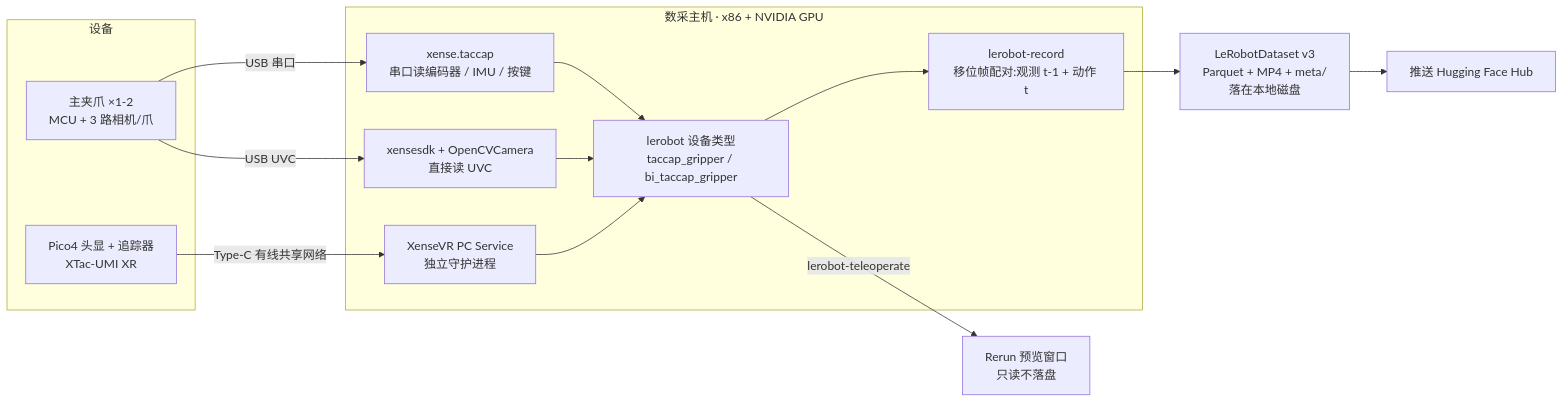
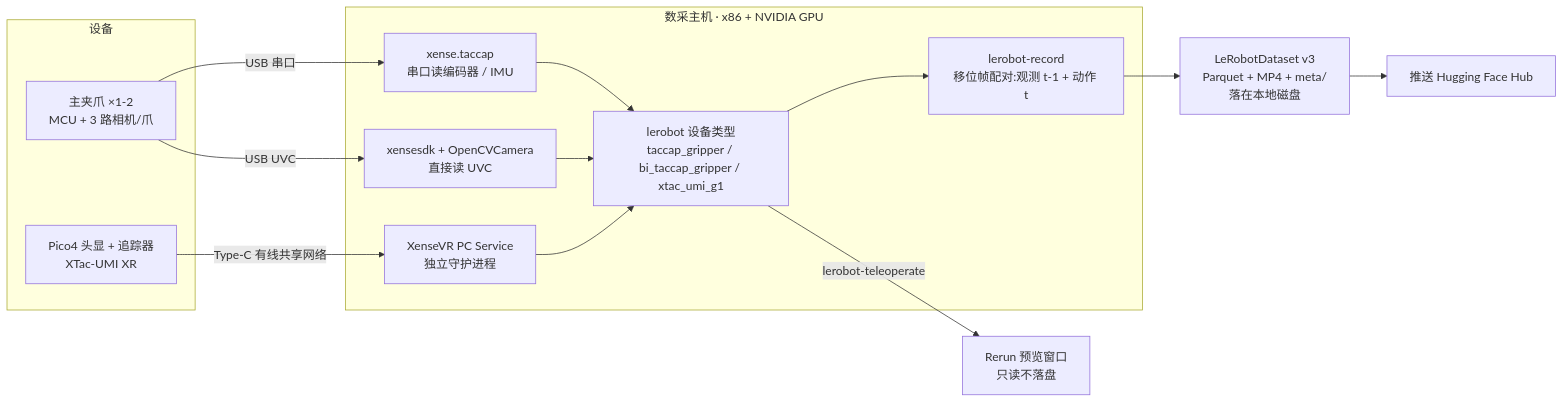
Before and after one commit to XenseRobotics-AI/XTac-UMI-G1-Docs: the second of 2 diagrams in docs/product/g1.md, drawn with Mermaid. The commit also changed other lines of this file and 65 other files, not shown here.

````diff
--- a/docs/product/g1.md
+++ b/docs/product/g1.md
@@ -68,24 +68,24 @@
 ```mermaid
 flowchart LR
     subgraph DEV2["设备"]
         G2["主夹爪 ×1-2<br/>MCU + 3 路相机/爪"]
         P2["Pico4 头显 + 追踪器<br/>XTac-UMI XR"]
     end
     subgraph HOST["数采主机 · x86 + NVIDIA GPU"]
-        SDK["xense.taccap<br/>串口读编码器 / IMU / 按键"]
+        SDK["xense.taccap<br/>串口读编码器 / IMU"]
         CAM["xensesdk + OpenCVCamera<br/>直接读 UVC"]
         VR2["XenseVR PC Service<br/>独立守护进程"]
-        ROB["lerobot 设备类型<br/>taccap_gripper / bi_taccap_gripper"]
+        ROB["lerobot 设备类型<br/>taccap_gripper / bi_taccap_gripper / xtac_umi_g1"]
         REC2["lerobot-record<br/>移位帧配对:观测 t-1 + 动作 t"]
     end
     G2 -->|"USB 串口"| SDK
     G2 -->|"USB UVC"| CAM
     P2 -->|"Type-C 有线共享网络"| VR2
     SDK --> ROB
     CAM --> ROB
     VR2 --> ROB
     ROB -->|"lerobot-teleoperate"| RR["Rerun 预览窗口<br/>只读不落盘"]
     ROB --> REC2
     REC2 --> DS["LeRobotDataset v3<br/>Parquet + MP4 + meta/<br/>落在本地磁盘"]
     DS --> HF["推送 Hugging Face Hub"]
 ```
````
